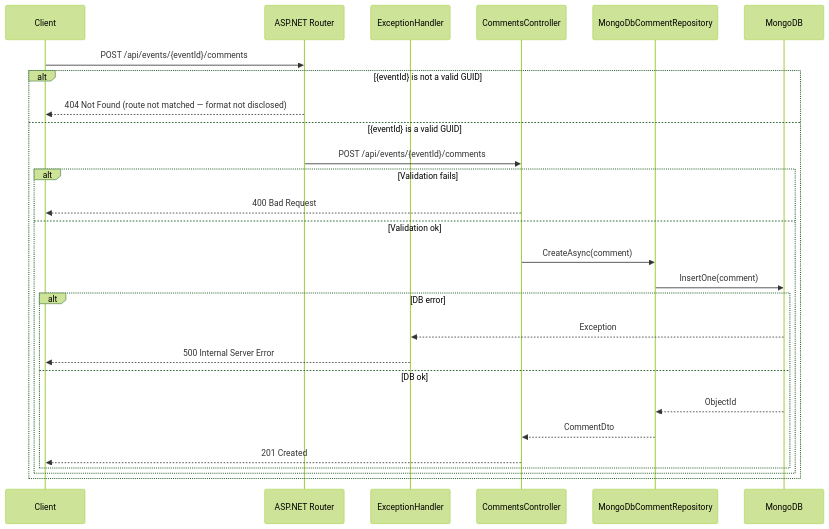
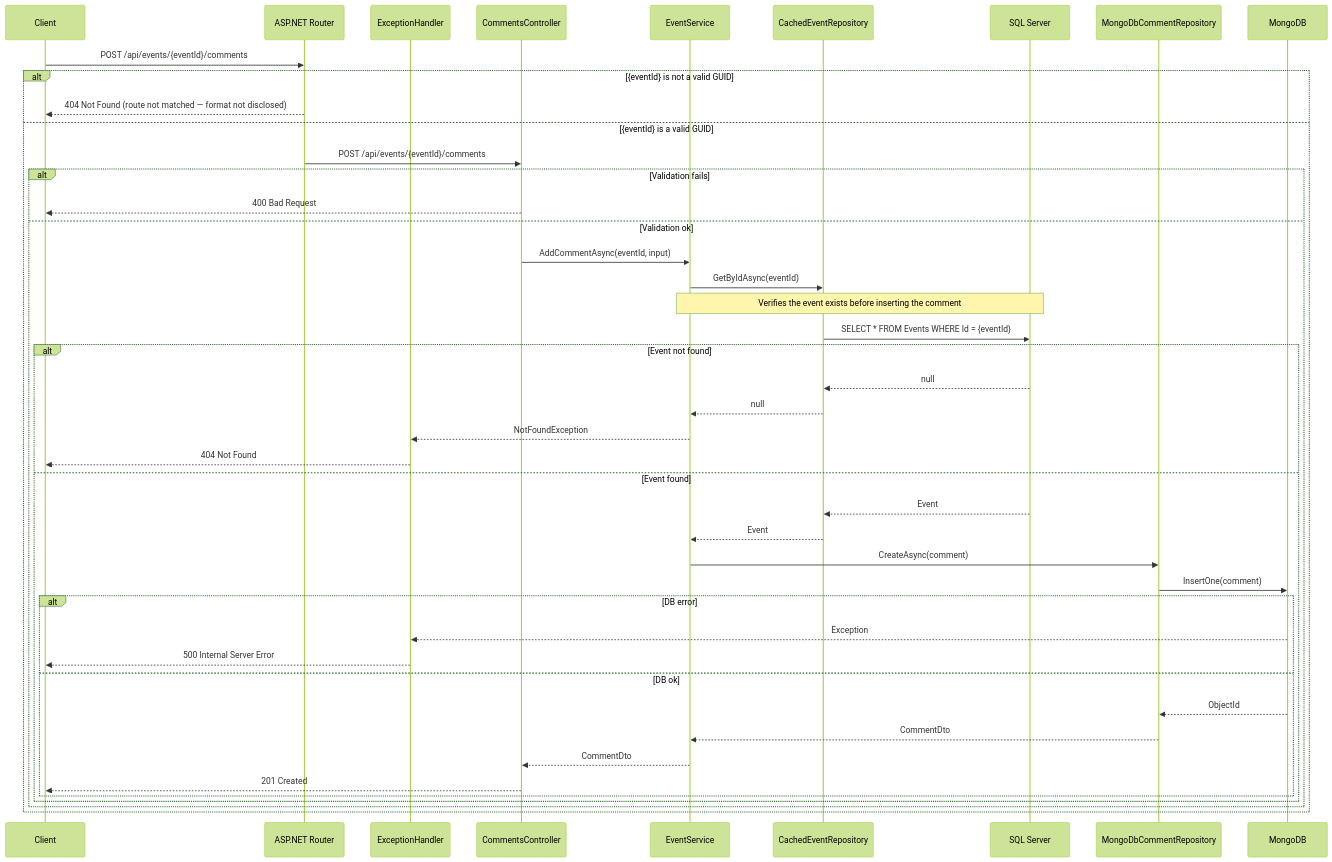
One commit to LaurentCondoure/EventManager changed the diagram in documents/Technical/flows/POST-comment.md. Above: the diagram before and after it, drawn with Mermaid (forest theme). The commit also changed 8 other files, not shown here.

Commit message:
docs: update project's documents. Completed test strategy, update Architecture and flows

````diff
--- a/documents/Technical/flows/POST-comment.md
+++ b/documents/Technical/flows/POST-comment.md
@@ -1,30 +1,47 @@
 ```mermaid
 sequenceDiagram
     participant Client
     participant Router as ASP.NET Router
     participant EH as ExceptionHandler
     participant API as CommentsController
+    participant Service as EventService
+    participant Cache as CachedEventRepository
+    participant DB as SQL Server
     participant Repo as MongoDbCommentRepository
     participant Mongo as MongoDB
 
     Client->>Router: POST /api/events/{eventId}/comments
     alt {eventId} is not a valid GUID
         Router-->>Client: 404 Not Found (route not matched — format not disclosed)
     else {eventId} is a valid GUID
         Router->>API: POST /api/events/{eventId}/comments
         alt Validation fails
             API-->>Client: 400 Bad Request
         else Validation ok
-            API->>Repo: CreateAsync(comment)
-            Repo->>Mongo: InsertOne(comment)
-            alt DB error
-                Mongo-->>EH: Exception
-                EH-->>Client: 500 Internal Server Error
-            else DB ok
-                Mongo-->>Repo: ObjectId
-                Repo-->>API: CommentDto
-                API-->>Client: 201 Created
+            API->>Service: AddCommentAsync(eventId, input)
+            Service->>Cache: GetByIdAsync(eventId)
+            note over Service,DB: Verifies the event exists before inserting the comment
+            Cache->>DB: SELECT * FROM Events WHERE Id = {eventId}
+            alt Event not found
+                DB-->>Cache: null
+                Cache-->>Service: null
+                Service-->>EH: NotFoundException
+                EH-->>Client: 404 Not Found
+            else Event found
+                DB-->>Cache: Event
+                Cache-->>Service: Event
+                Service->>Repo: CreateAsync(comment)
+                Repo->>Mongo: InsertOne(comment)
+                alt DB error
+                    Mongo-->>EH: Exception
+                    EH-->>Client: 500 Internal Server Error
+                else DB ok
+                    Mongo-->>Repo: ObjectId
+                    Repo-->>Service: CommentDto
+                    Service-->>API: CommentDto
+                    API-->>Client: 201 Created
+                end
             end
         end
     end
 ```
````
